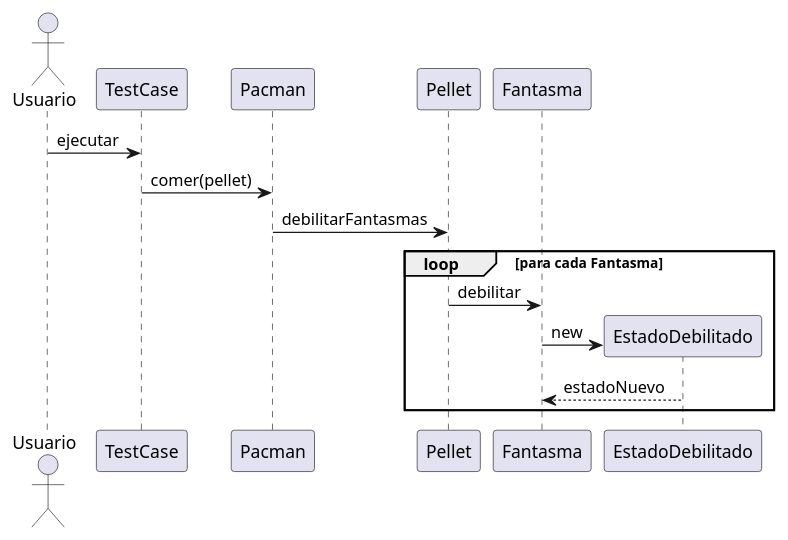
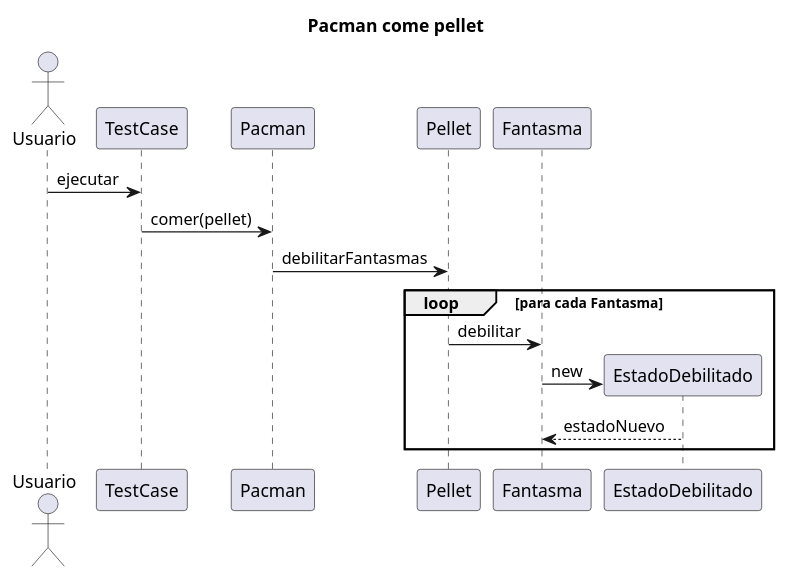
Before and after one commit to fiuba/algo3_pacman: the diagram in diagramas/pacman-come-pellet.plantuml, drawn with PlantUML. The commit also changed 2 other files, not shown here.

Commit message:
Actualización de diagramas

```diff
--- a/diagramas/pacman-come-pellet.plantuml
+++ b/diagramas/pacman-come-pellet.plantuml
@@ -1,14 +1,15 @@
 @startuml
+Title: Pacman come pellet
 
 actor Usuario
 
 Usuario -> TestCase: ejecutar
 TestCase -> Pacman: comer(pellet)
 Pacman -> Pellet: debilitarFantasmas
 loop para cada Fantasma
         Pellet -> Fantasma: debilitar
         Fantasma -> EstadoDebilitado ** : new
         return estadoNuevo
 end
 
 @enduml
```
